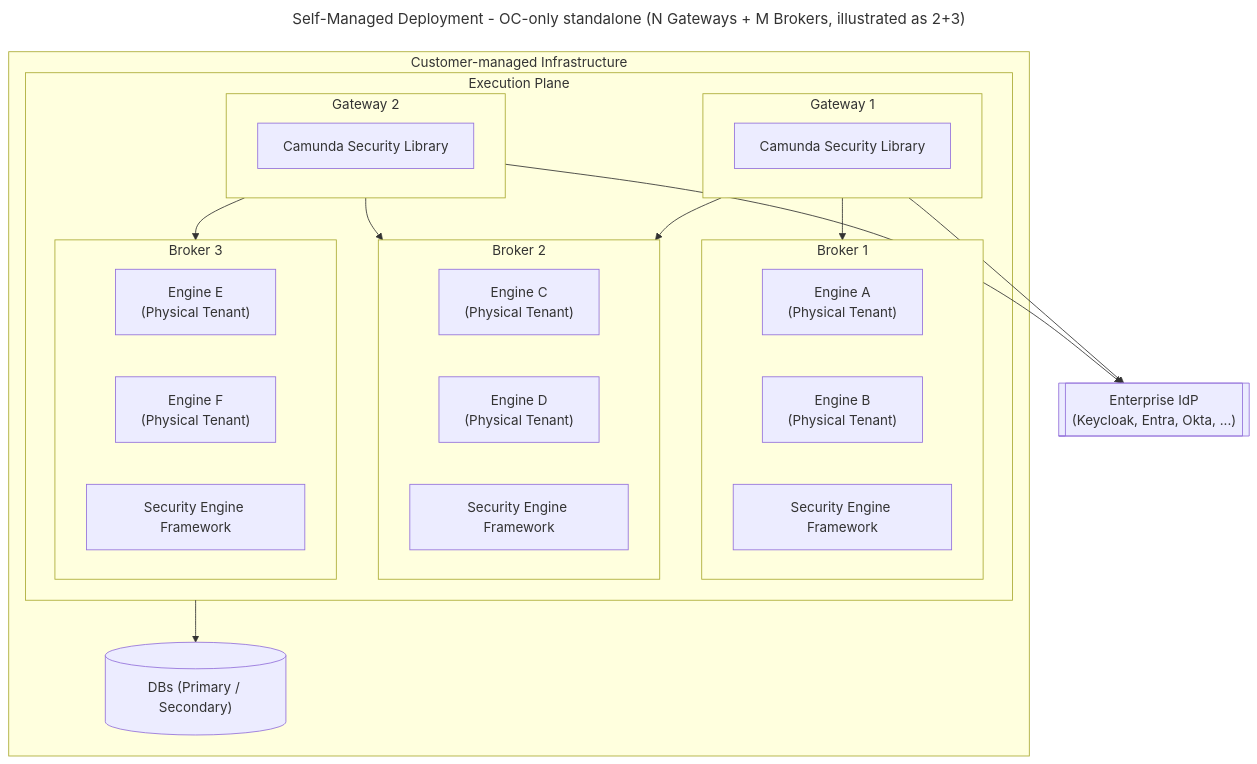
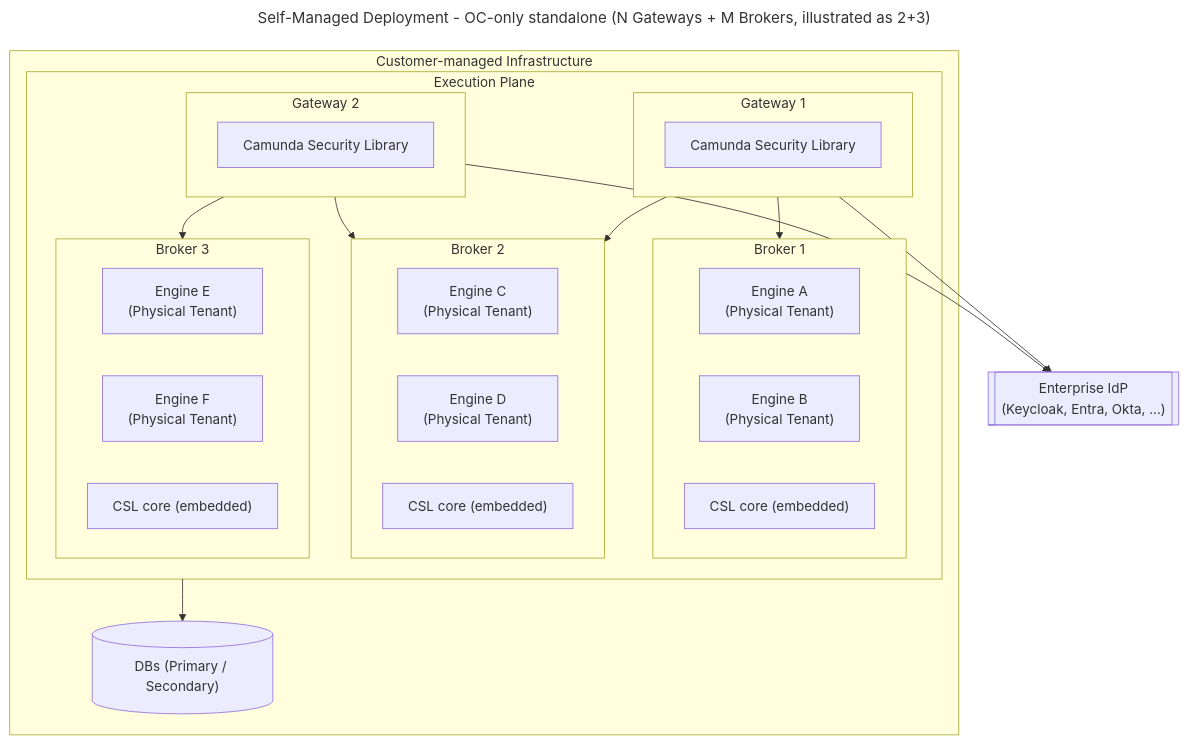
Before and after one commit to camunda/camunda-security-library: the third of 4 diagrams in docs/architecture/07-deployment-view.md, drawn with Mermaid. The commit also changed other lines of this file and 7 other files, not shown here.

First line of the commit message:
docs: replace Security Engine Framework with CSL core and mark the unified read path delivered

````diff
--- a/docs/architecture/07-deployment-view.md
+++ b/docs/architecture/07-deployment-view.md
@@ -132,45 +132,45 @@
 ```mermaid
 ---
 title: Self-Managed Deployment - OC-only standalone (N Gateways + M Brokers, illustrated as 2+3)
 ---
 flowchart TB
   subgraph Customer["Customer-managed Infrastructure"]
     subgraph Execution["Execution Plane"]
       subgraph GW1["Gateway 1"]
         GW1CSL["Camunda Security Library"]
       end
       subgraph GW2["Gateway 2"]
         GW2CSL["Camunda Security Library"]
       end
 
       subgraph Broker1["Broker 1"]
         B1E1["Engine A</br>(Physical Tenant)"]
         B1E2["Engine B</br>(Physical Tenant)"]
-        B1SEF["Security Engine Framework"]
+        B1SEF["CSL core (embedded)"]
       end
 
       subgraph Broker2["Broker 2"]
         B2E1["Engine C</br>(Physical Tenant)"]
         B2E2["Engine D</br>(Physical Tenant)"]
-        B2SEF["Security Engine Framework"]
+        B2SEF["CSL core (embedded)"]
       end
 
       subgraph Broker3["Broker 3"]
         B3E1["Engine E</br>(Physical Tenant)"]
         B3E2["Engine F</br>(Physical Tenant)"]
-        B3SEF["Security Engine Framework"]
+        B3SEF["CSL core (embedded)"]
       end
 
       GW1 --> Broker1
       GW1 --> Broker2
       GW2 --> Broker2
       GW2 --> Broker3
     end
 
     DBs[("DBs (Primary / Secondary)")]
   end
 
   EnterpriseIdP[["Enterprise IdP</br>(Keycloak, Entra, Okta, ...)"]]
   Execution --> DBs
   GW1 & GW2 --> EnterpriseIdP
 ```
````
